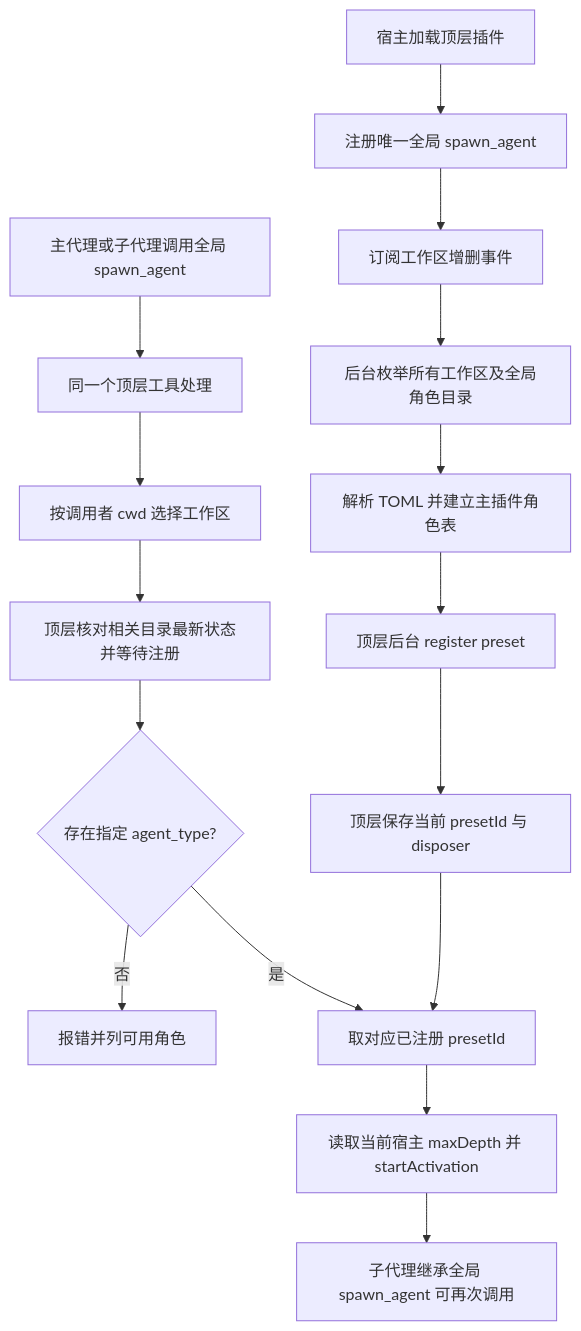
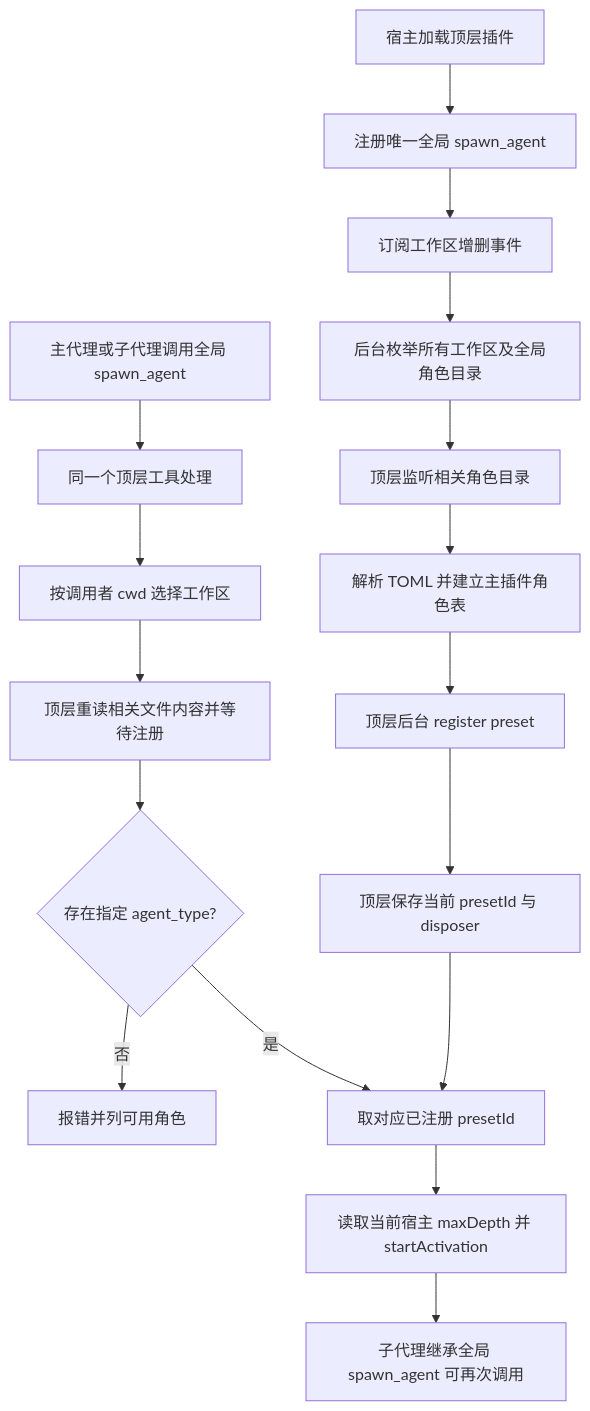
Before and after one commit to RekiDunois/dsh-codex-agents: the diagram in plan/dsh-codex-agents.md, drawn with Mermaid. The commit also changed other lines of this file, not shown here.

````diff
--- a/plan/dsh-codex-agents.md
+++ b/plan/dsh-codex-agents.md
@@ -74,18 +76,19 @@
 ```mermaid
 flowchart TD
   A[宿主加载顶层插件] --> B[注册唯一全局 spawn_agent]
   B --> C[订阅工作区增删事件]
   C --> D[后台枚举所有工作区及全局角色目录]
-  D --> E[解析 TOML 并建立主插件角色表]
+  D --> W[顶层监听相关角色目录]
+  W --> E[解析 TOML 并建立主插件角色表]
   E --> F[顶层后台 register preset]
   F --> G[顶层保存当前 presetId 与 disposer]
   H[主代理或子代理调用全局 spawn_agent] --> I[同一个顶层工具处理]
   I --> J[按调用者 cwd 选择工作区]
-  J --> K[顶层核对相关目录最新状态并等待注册]
+  J --> K[顶层重读相关文件内容并等待注册]
   K --> L{存在指定 agent_type?}
   L -->|否| M[报错并列可用角色]
   L -->|是| N[取对应已注册 presetId]
   G --> N
   N --> O[读取当前宿主 maxDepth 并 startActivation]
   O --> P[子代理继承全局 spawn_agent 可再次调用]
 ```
````
